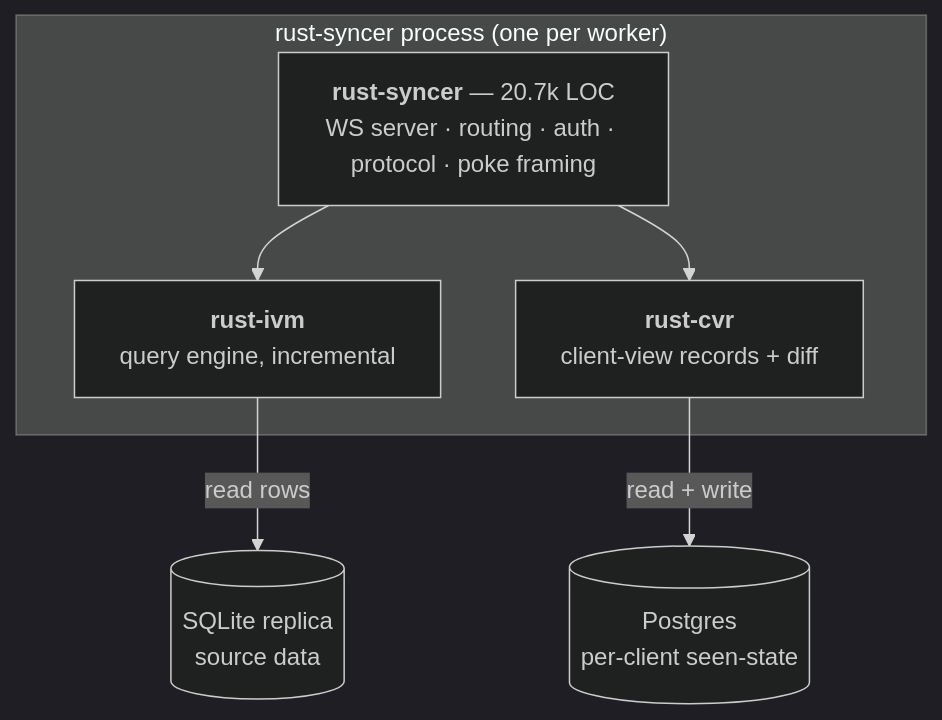
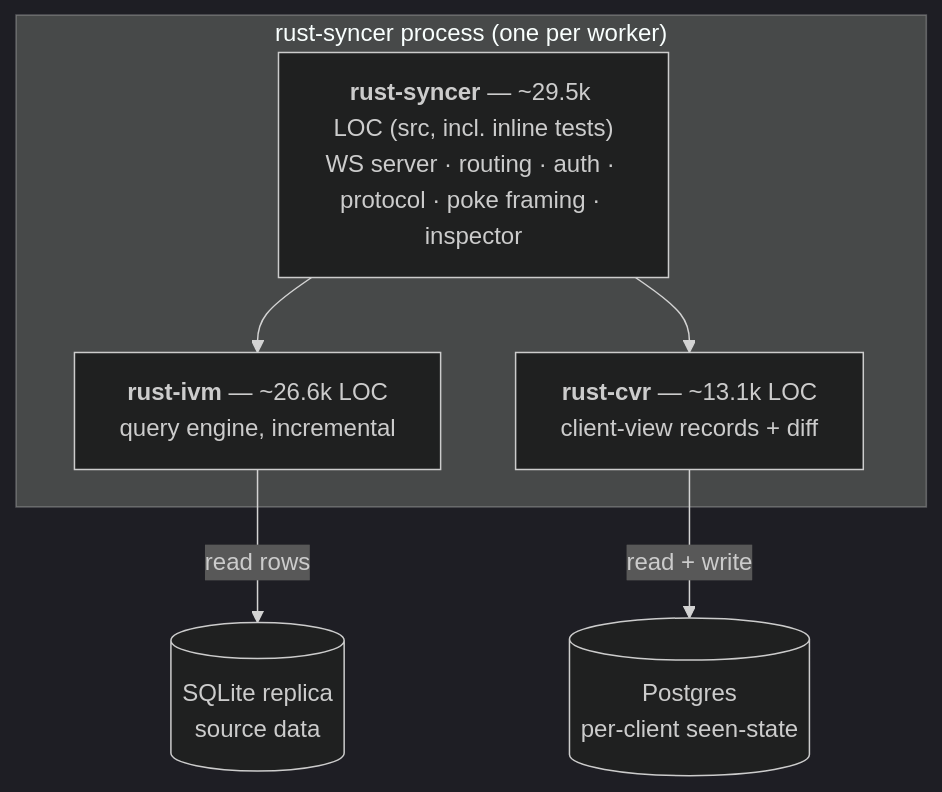
Before and after one commit to kartikparsoya-eng/mono-better: the second of 11 diagrams in RUST-SYNCER-ARCHITECTURE.md, drawn with Mermaid (dark theme). The commit also changed other lines of this file and 9 other files, not shown here.

First line of the commit message:
docs(rust): authoritative syncer architecture guide + I-11, remove dead credit.rs

````diff
--- a/RUST-SYNCER-ARCHITECTURE.md
+++ b/RUST-SYNCER-ARCHITECTURE.md
@@ -64,12 +67,12 @@
 ```mermaid
 flowchart TB
     subgraph proc["rust-syncer process (one per worker)"]
-        SYN["<b>rust-syncer</b> — 20.7k LOC<br/>WS server · routing · auth · protocol · poke framing"]
-        IVM["<b>rust-ivm</b><br/>query engine, incremental"]
-        CVR["<b>rust-cvr</b><br/>client-view records + diff"]
+        SYN["<b>rust-syncer</b> — ~29.5k LOC (src, incl. inline tests)<br/>WS server · routing · auth · protocol · poke framing · inspector"]
+        IVM["<b>rust-ivm</b> — ~26.6k LOC<br/>query engine, incremental"]
+        CVR["<b>rust-cvr</b> — ~13.1k LOC<br/>client-view records + diff"]
         SYN --> IVM
         SYN --> CVR
     end
     IVM -->|read rows| SQLite[("SQLite replica<br/>source data")]
     CVR -->|read + write| PG[("Postgres<br/>per-client seen-state")]
 ```
````
